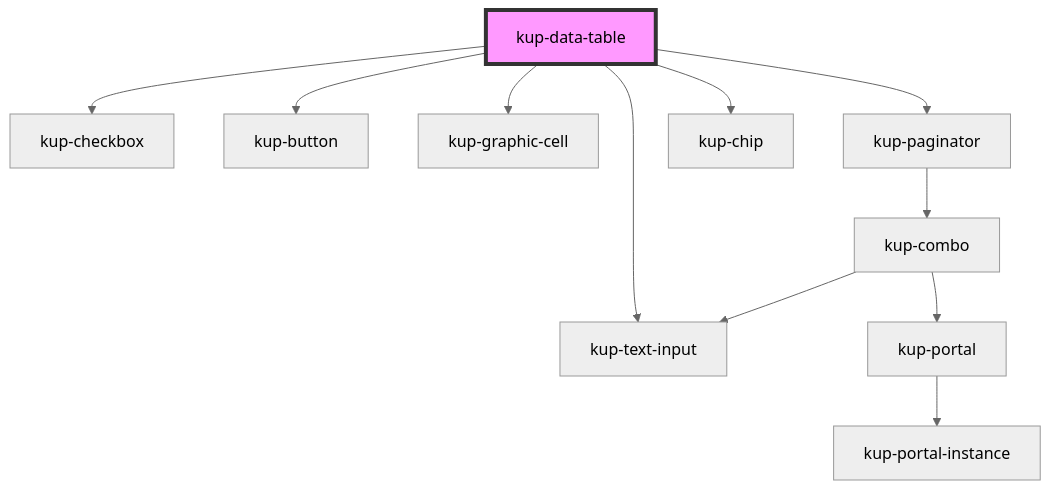
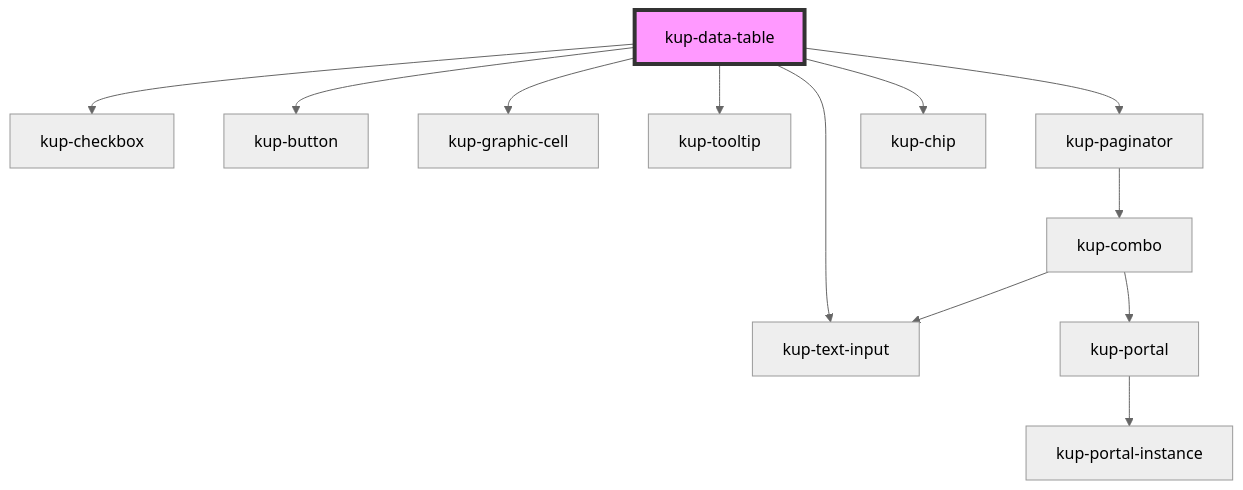
Before and after one commit to smeup/ketchup: the diagram in packages/ketchup/src/components/kup-data-table/readme.md, drawn with Mermaid (neutral theme). The commit also changed other lines of this file and 7 other files, not shown here.

````diff
--- a/packages/ketchup/src/components/kup-data-table/readme.md
+++ b/packages/ketchup/src/components/kup-data-table/readme.md
@@ -140,14 +143,15 @@
 ```mermaid
 graph TD;
   kup-data-table --> kup-text-input
   kup-data-table --> kup-checkbox
   kup-data-table --> kup-button
   kup-data-table --> kup-graphic-cell
+  kup-data-table --> kup-tooltip
   kup-data-table --> kup-paginator
   kup-data-table --> kup-chip
   kup-paginator --> kup-combo
   kup-combo --> kup-text-input
   kup-combo --> kup-portal
   kup-portal --> kup-portal-instance
   style kup-data-table fill:#f9f,stroke:#333,stroke-width:4px
 ```
````
